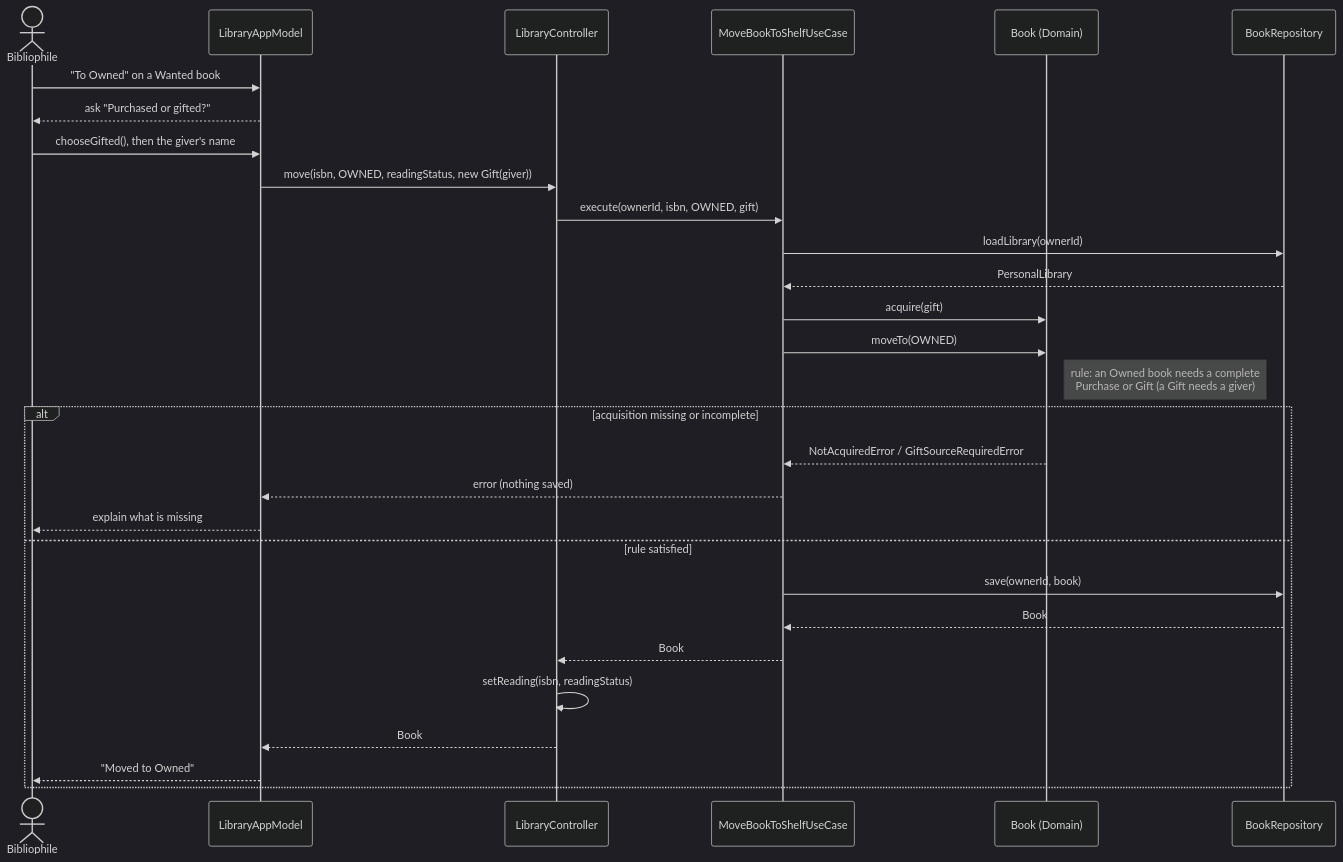
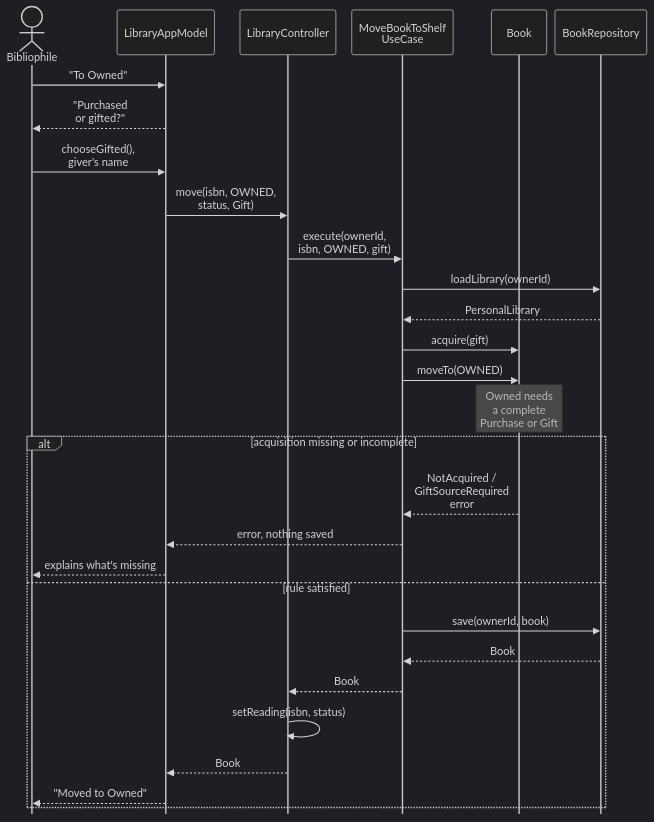
Before and after one commit to ghechavarria/cen5064-project-hechavarria: the diagram in docs/design/diagrams/sequence-move.mmd, drawn with Mermaid (dark theme). The commit also changed 2 other files, not shown here.

Commit message:
Design doc: make the move sequence diagram readable (3.6pt -> 7.0pt printed)
Refs #18

```diff
--- a/docs/design/diagrams/sequence-move.mmd
+++ b/docs/design/diagrams/sequence-move.mmd
@@ -1,29 +1,30 @@
+%%{init: {"sequence": {"mirrorActors": false, "messageMargin": 16, "actorMargin": 12, "boxMargin": 6, "noteMargin": 6, "width": 80}}}%%
 sequenceDiagram
     actor U as Bibliophile
     participant VM as LibraryAppModel
     participant C as LibraryController
-    participant S as MoveBookToShelfUseCase
-    participant B as Book (Domain)
+    participant S as MoveBookToShelf<br/>UseCase
+    participant B as Book
     participant R as BookRepository
-    U->>VM: "To Owned" on a Wanted book
-    VM-->>U: ask "Purchased or gifted?"
-    U->>VM: chooseGifted(), then the giver's name
-    VM->>C: move(isbn, OWNED, readingStatus, new Gift(giver))
-    C->>S: execute(ownerId, isbn, OWNED, gift)
+    U->>VM: "To Owned"
+    VM-->>U: "Purchased<br/>or gifted?"
+    U->>VM: chooseGifted(),<br/>giver's name
+    VM->>C: move(isbn, OWNED,<br/>status, Gift)
+    C->>S: execute(ownerId,<br/>isbn, OWNED, gift)
     S->>R: loadLibrary(ownerId)
     R-->>S: PersonalLibrary
     S->>B: acquire(gift)
     S->>B: moveTo(OWNED)
-    Note right of B: rule: an Owned book needs a complete<br/>Purchase or Gift (a Gift needs a giver)
+    Note over B: Owned needs<br/>a complete<br/>Purchase or Gift
     alt acquisition missing or incomplete
-        B-->>S: NotAcquiredError / GiftSourceRequiredError
-        S-->>VM: error (nothing saved)
-        VM-->>U: explain what is missing
+        B-->>S: NotAcquired /<br/>GiftSourceRequired<br/>error
+        S-->>VM: error, nothing saved
+        VM-->>U: explains what's missing
     else rule satisfied
         S->>R: save(ownerId, book)
         R-->>S: Book
         S-->>C: Book
-        C->>C: setReading(isbn, readingStatus)
+        C->>C: setReading(isbn, status)
         C-->>VM: Book
         VM-->>U: "Moved to Owned"
     end
```
